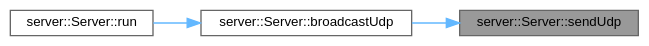
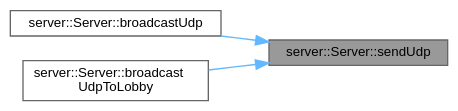
The diagram in classserver_1_1Server_a47497411d1305b2af8d4fbf26ad9f214_icgraph.dot (Houpsi/R-Type), drawn with Graphviz before and after one commit. The commit also changed 359 other files, not shown here.

```diff
--- a/classserver_1_1Server_a47497411d1305b2af8d4fbf26ad9f214_icgraph.dot
+++ b/classserver_1_1Server_a47497411d1305b2af8d4fbf26ad9f214_icgraph.dot
@@ -1,13 +1,13 @@
 digraph "server::Server::sendUdp"
 {
  // LATEX_PDF_SIZE
   bgcolor="transparent";
   edge [fontname=Helvetica,fontsize=10,labelfontname=Helvetica,labelfontsize=10];
   node [fontname=Helvetica,fontsize=10,shape=box,height=0.2,width=0.4];
   rankdir="RL";
   Node1 [id="Node000001",label="server::Server::sendUdp",height=0.2,width=0.4,color="gray40", fillcolor="grey60", style="filled", fontcolor="black",tooltip=" "];
   Node1 -> Node2 [id="edge1_Node000001_Node000002",dir="back",color="steelblue1",style="solid",tooltip=" "];
   Node2 [id="Node000002",label="server::Server::broadcastUdp",height=0.2,width=0.4,color="grey40", fillcolor="white", style="filled",URL="$classserver_1_1Server.html#a23b87533f1ba7136ff8bca1decf29c4d",tooltip=" "];
-  Node2 -> Node3 [id="edge2_Node000002_Node000003",dir="back",color="steelblue1",style="solid",tooltip=" "];
-  Node3 [id="Node000003",label="server::Server::run",height=0.2,width=0.4,color="grey40", fillcolor="white", style="filled",URL="$classserver_1_1Server.html#a82b4db92e8bc6e7287b2fd7b1427e21f",tooltip=" "];
+  Node1 -> Node3 [id="edge2_Node000001_Node000003",dir="back",color="steelblue1",style="solid",tooltip=" "];
+  Node3 [id="Node000003",label="server::Server::broadcast\lUdpToLobby",height=0.2,width=0.4,color="grey40", fillcolor="white", style="filled",URL="$classserver_1_1Server.html#a59634878825e96ced8a368c275482d40",tooltip=" "];
 }
```
